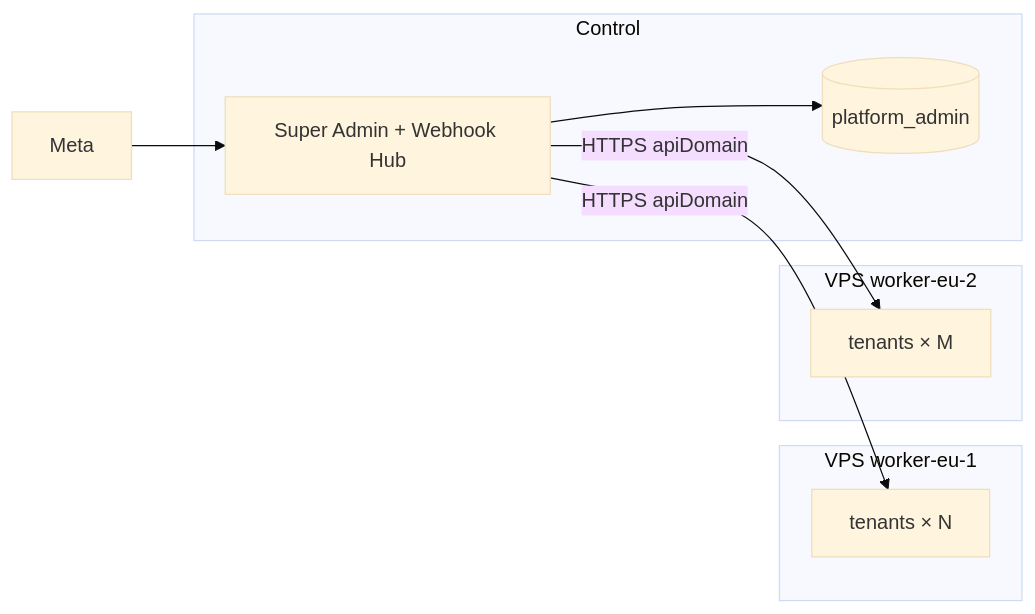
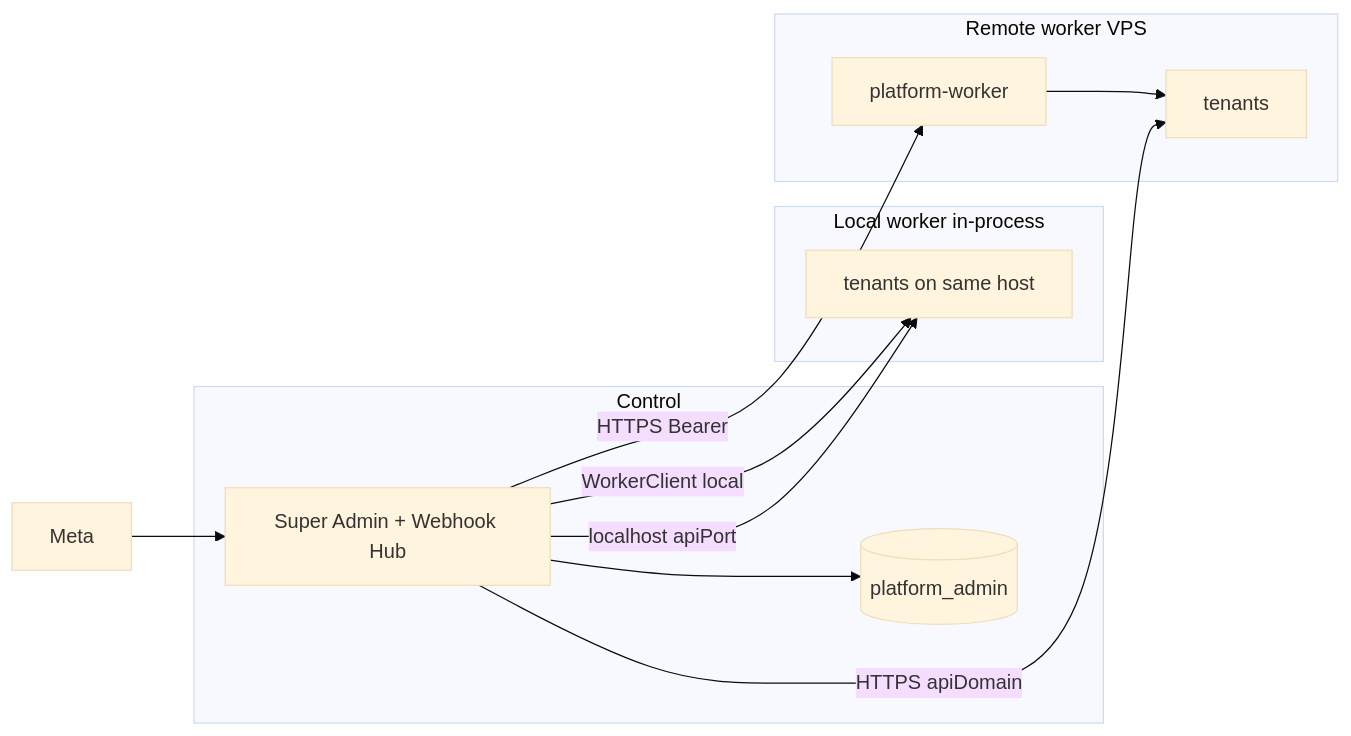
The second of 2 diagrams in docs/TENANT-DOMAINS-AND-SCALING.md (danylo-pavenko/platform-ai-agent-direct), drawn with Mermaid (base theme) before and after one commit. The commit also changed other lines of this file and 31 other files, not shown here.

Commit message:
Add platform-worker companion and Super Admin Workers for multi-VPS tenants

````diff
--- a/docs/TENANT-DOMAINS-AND-SCALING.md
+++ b/docs/TENANT-DOMAINS-AND-SCALING.md
@@ -297,20 +297,24 @@
 ```mermaid
 flowchart LR
     subgraph Control
         SA[Super Admin + Webhook Hub]
         PGSA[(platform_admin)]
     end
 
-    subgraph Worker1[VPS worker-eu-1]
-        W1T[tenants × N]
+    subgraph Local[Local worker in-process]
+        LT[tenants on same host]
     end
 
-    subgraph Worker2[VPS worker-eu-2]
-        W2T[tenants × M]
+    subgraph Remote[Remote worker VPS]
+        PW[platform-worker]
+        RT[tenants]
     end
 
     SA --> PGSA
     Meta --> SA
-    SA -->|HTTPS apiDomain| W1T
-    SA -->|HTTPS apiDomain| W2T
+    SA -->|WorkerClient local| LT
+    SA -->|HTTPS Bearer| PW
+    PW --> RT
+    SA -->|HTTPS apiDomain| RT
+    SA -->|localhost apiPort| LT
 ```
````
